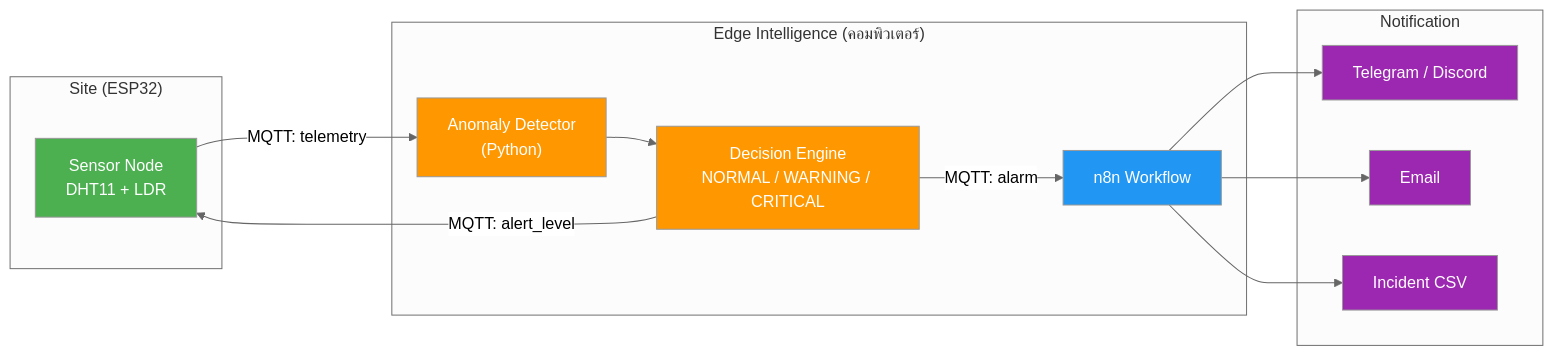
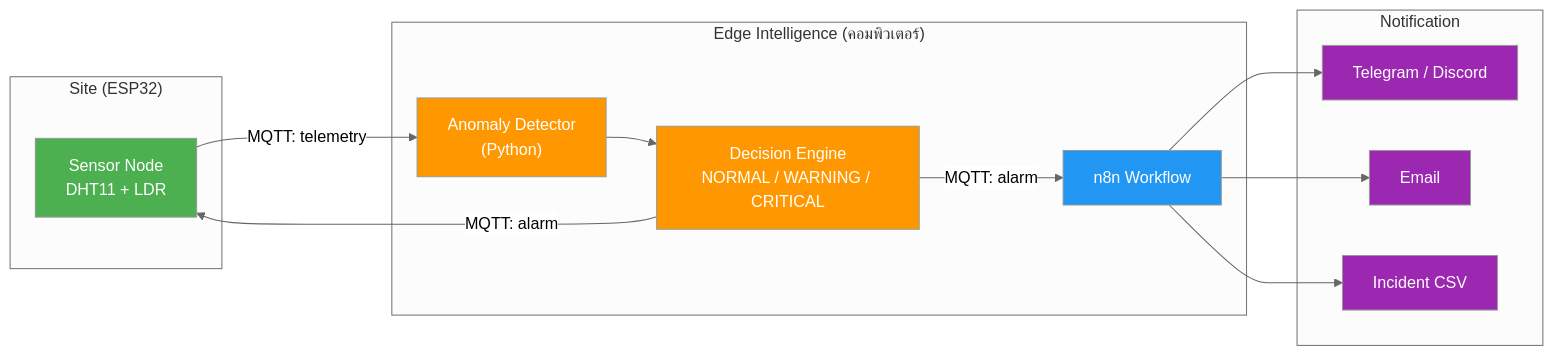
The first of 4 diagrams in docs/ใบงานการทดลองที่ 7.md (pruks-dev/embedded-telecom), drawn with Mermaid (neutral theme) before and after one commit. The commit also changed other lines of this file and 2 other files, not shown here.

Commit message:
lab 7: fix paho-mqtt v2 API, add Raspberry Pi option, merge questions to final section

````diff
--- a/docs/ใบงานการทดลองที่ 7.md
+++ b/docs/ใบงานการทดลองที่ 7.md
@@ -71,30 +91,30 @@
 ```mermaid
 graph LR
     subgraph FIELD["Site (ESP32)"]
         ESP["Sensor Node<br/>DHT11 + LDR"]
     end
     subgraph EDGE["Edge Intelligence (คอมพิวเตอร์)"]
         DETECT["Anomaly Detector<br/>(Python)"]
         DECIDE["Decision Engine<br/>NORMAL / WARNING / CRITICAL"]
         N8N["n8n Workflow"]
     end
     subgraph NOTIFY["Notification"]
         TG["Telegram / Discord"]
         EMAIL["Email"]
         CSV["Incident CSV"]
     end
     ESP -->|"MQTT: telemetry"| DETECT
     DETECT --> DECIDE
     DECIDE -->|"MQTT: alarm"| N8N
     N8N --> TG
     N8N --> EMAIL
     N8N --> CSV
-    DECIDE -->|"MQTT: alert_level"| ESP
+    DECIDE -->|"MQTT: alarm"| ESP
     style ESP fill:#4CAF50,color:#fff
     style DETECT fill:#FF9800,color:#fff
     style DECIDE fill:#FF9800,color:#fff
     style N8N fill:#2196F3,color:#fff
     style TG fill:#9C27B0,color:#fff
     style EMAIL fill:#9C27B0,color:#fff
     style CSV fill:#9C27B0,color:#fff
 ```
````
